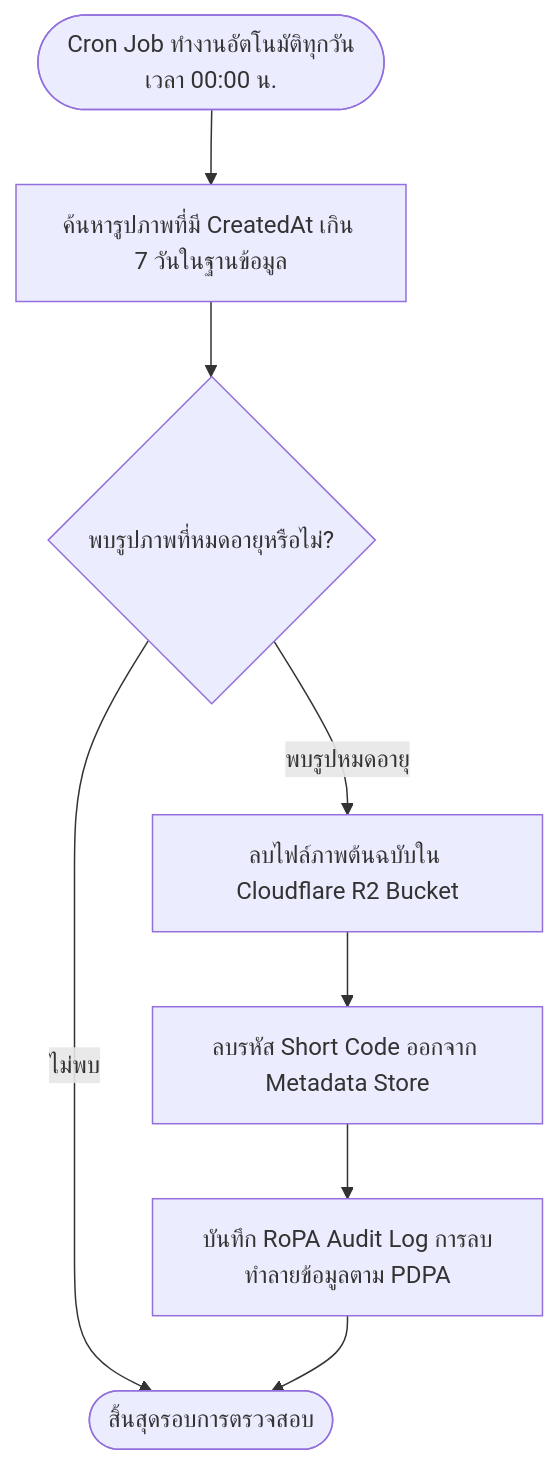
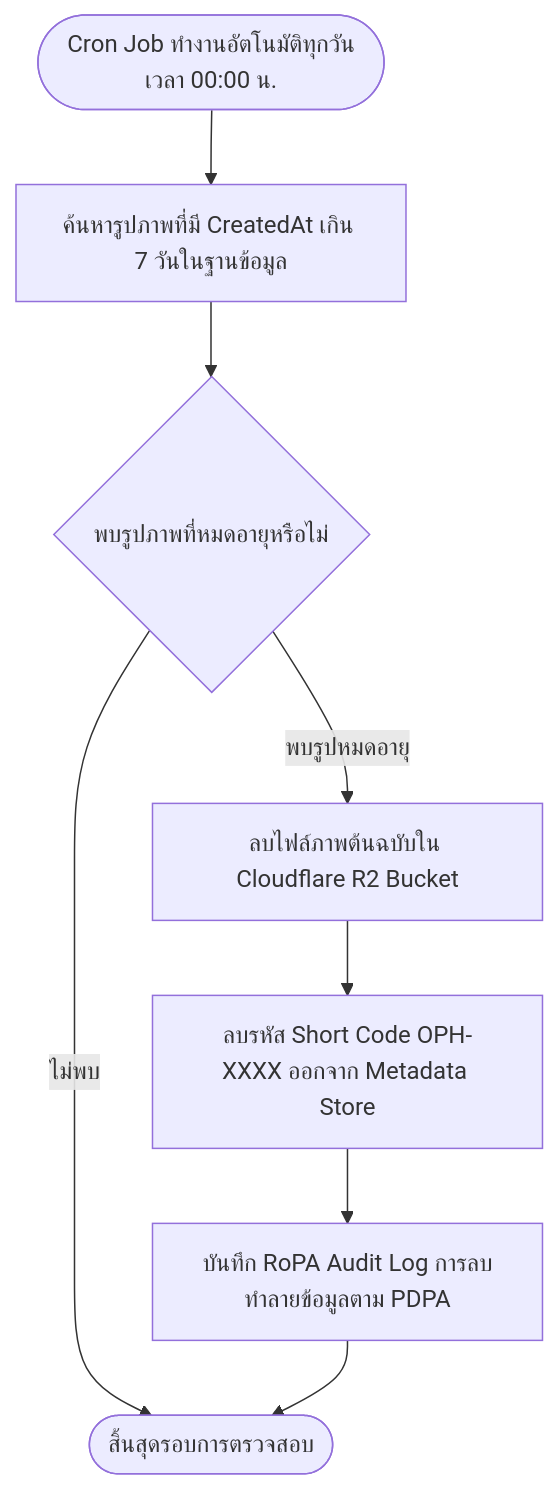
The seventh of 13 diagrams in ducument-sathit/task01/system-architecture-and-sequence-flow.md (icelandz9/swu-openhouse), drawn with Mermaid before and after one commit. The commit also changed other lines of this file and 7 other files, not shown here.

Commit message:
docs: update OPH prefix, clean kiosk QR, staff QR re-issue, and add concept diagrams to README

````diff
--- a/ducument-sathit/task01/system-architecture-and-sequence-flow.md
+++ b/ducument-sathit/task01/system-architecture-and-sequence-flow.md
@@ -278,12 +295,12 @@
 ```mermaid
 flowchart TD
     CronStart(["Cron Job ทำงานอัตโนมัติทุกวันเวลา 00:00 น."]) --> Query["ค้นหารูปภาพที่มี CreatedAt เกิน 7 วันในฐานข้อมูล"]
-    Query --> CheckExpired{"พบรูปภาพที่หมดอายุหรือไม่?"}
+    Query --> CheckExpired{"พบรูปภาพที่หมดอายุหรือไม่"}
 
-    CheckExpired -->|ไม่พบ| CronEnd(["สิ้นสุดรอบการตรวจสอบ"])
-    CheckExpired -->|พบรูปหมดอายุ| DeleteCloud["ลบไฟล์ภาพต้นฉบับใน Cloudflare R2 Bucket"]
+    CheckExpired -->|"ไม่พบ"| CronEnd(["สิ้นสุดรอบการตรวจสอบ"])
+    CheckExpired -->|"พบรูปหมดอายุ"| DeleteCloud["ลบไฟล์ภาพต้นฉบับใน Cloudflare R2 Bucket"]
 
-    DeleteCloud --> DeleteMeta["ลบรหัส Short Code ออกจาก Metadata Store"]
+    DeleteCloud --> DeleteMeta["ลบรหัส Short Code OPH-XXXX ออกจาก Metadata Store"]
     DeleteMeta --> WriteLog["บันทึก RoPA Audit Log การลบทำลายข้อมูลตาม PDPA"]
     WriteLog --> CronEnd
 ```
````
